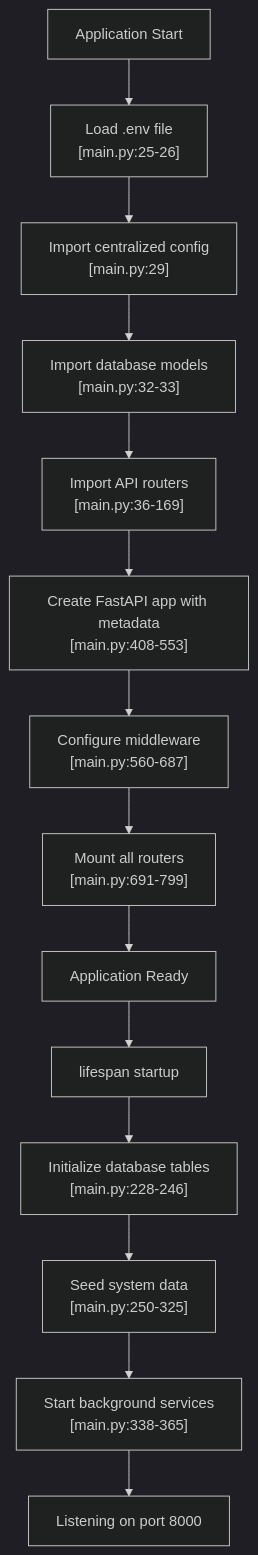
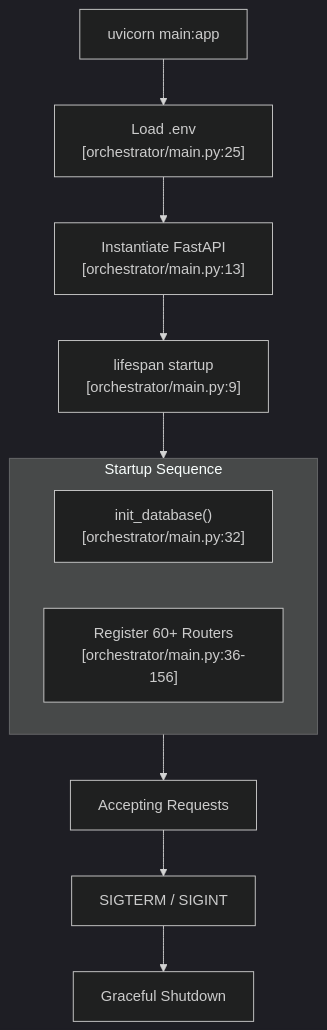
One commit to AutomatosAI/automatos-ai changed the first of 3 diagrams in docs/backend-architecture/fastapi-application.md. Above: the diagram before and after it, drawn with Mermaid (dark theme). The commit also changed other lines of this file and 149 other files, not shown here.

Commit message:
docs: refresh documentation with graphify semantic scan

````diff
--- a/docs/backend-architecture/fastapi-application.md
+++ b/docs/backend-architecture/fastapi-application.md
@@ -48,17 +69,17 @@
 ```mermaid
 flowchart TD
-    Start["Application Start"] --> LoadEnv["Load .env file<br/>[main.py:25-26]"]
-    LoadEnv --> LoadConfig["Import centralized config<br/>[main.py:29]"]
-    LoadConfig --> ImportModels["Import database models<br/>[main.py:32-33]"]
-    ImportModels --> ImportRouters["Import API routers<br/>[main.py:36-169]"]
-    ImportRouters --> CreateApp["Create FastAPI app with metadata<br/>[main.py:408-553]"]
-    CreateApp --> ConfigMiddleware["Configure middleware<br/>[main.py:560-687]"]
-    ConfigMiddleware --> MountRouters["Mount all routers<br/>[main.py:691-799]"]
-    MountRouters --> Ready["Application Ready"]
+    Start["uvicorn main:app"] --> LoadEnv["Load .env<br/>[orchestrator/main.py:25]"]
+    LoadEnv --> CreateApp["Instantiate FastAPI<br/>[orchestrator/main.py:13]"]
+    CreateApp --> LifespanStart["lifespan startup<br/>[orchestrator/main.py:9]"]
     
-    Ready --> Startup["lifespan startup"]
-    Startup --> InitDB["Initialize database tables<br/>[main.py:228-246]"]
-    InitDB --> SeedData["Seed system data<br/>[main.py:250-325]"]
-    SeedData --> StartServices["Start background services<br/>[main.py:338-365]"]
-    StartServices --> Listening["Listening on port 8000"]
+    subgraph Startup_Sequence ["Startup Sequence"]
+        InitDB["init_database()<br/>[orchestrator/main.py:32]"]
+        RouterReg["Register 60+ Routers<br/>[orchestrator/main.py:36-156]"]
+    end
+    
+    LifespanStart --> Startup_Sequence
+    Startup_Sequence --> Ready["Accepting Requests"]
+    
+    Ready --> Shutdown["SIGTERM / SIGINT"]
+    Shutdown --> Cleanup["Graceful Shutdown"]
 ```
````
